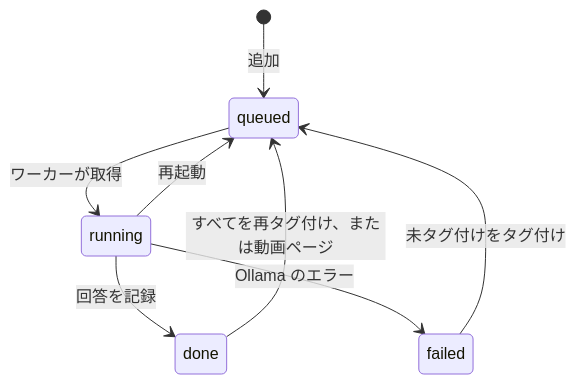
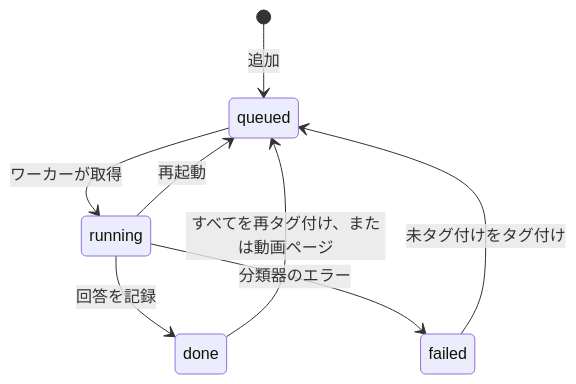
One commit to syudead/vv changed the third of 3 diagrams in translations/ja/docs/design-docs/auto-tagging.md. Above: the diagram before and after it, drawn with Mermaid. The commit also changed other lines of this file and 34 other files, not shown here.

````diff
--- a/translations/ja/docs/design-docs/auto-tagging.md
+++ b/translations/ja/docs/design-docs/auto-tagging.md
@@ -81,10 +94,10 @@
 ```mermaid
 stateDiagram-v2
   [*] --> queued: 追加
   queued --> running: ワーカーが取得
   running --> done: 回答を記録
-  running --> failed: Ollama のエラー
+  running --> failed: 分類器のエラー
   running --> queued: 再起動
   failed --> queued: 未タグ付けをタグ付け
   done --> queued: すべてを再タグ付け、または動画ページ
 ```
````
